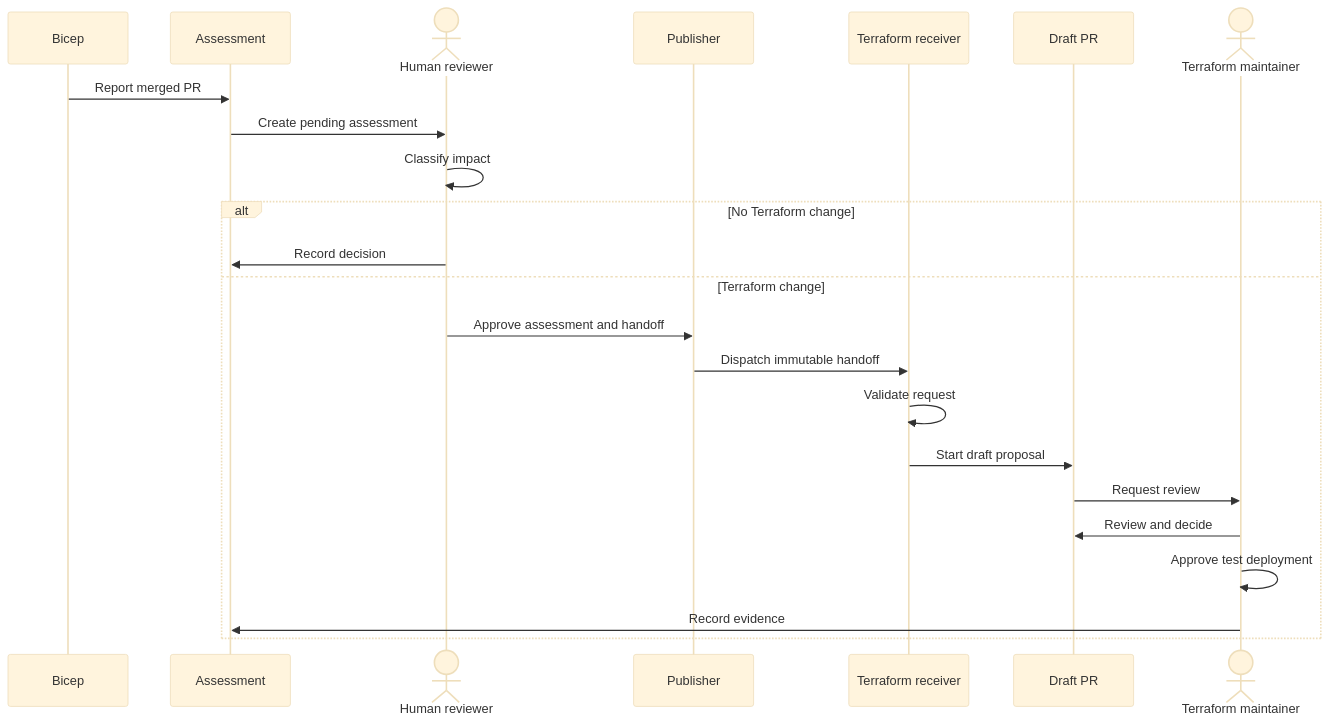
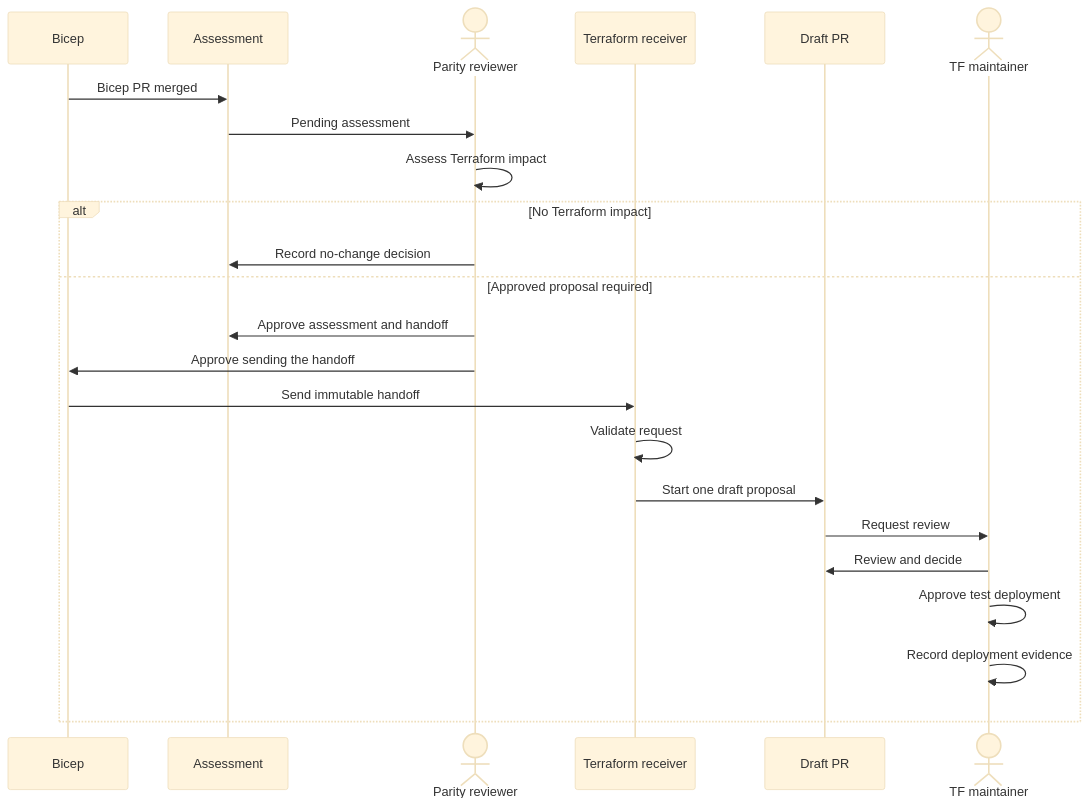
The second of 2 diagrams in docs/terraform-parity.md (Azure/AI-Landing-Zones), drawn with Mermaid (base theme) before and after one commit. The commit also changed other lines of this file, not shown here.

Commit message:
docs: clarify Terraform parity for beginners

````diff
--- a/docs/terraform-parity.md
+++ b/docs/terraform-parity.md
@@ -81,26 +136,26 @@
 ```mermaid
 sequenceDiagram
     participant B as Bicep
     participant A as Assessment
-    actor H as Human reviewer
-    participant P as Publisher
+    actor H as Parity reviewer
     participant R as Terraform receiver
     participant T as Draft PR
-    actor M as Terraform maintainer
+    actor M as TF maintainer
 
-    B->>A: Report merged PR
-    A->>H: Create pending assessment
-    H->>H: Classify impact
-    alt No Terraform change
-        H->>A: Record decision
-    else Terraform change
-        H->>P: Approve assessment and handoff
-        P->>R: Dispatch immutable handoff
+    B->>A: Bicep PR merged
+    A->>H: Pending assessment
+    H->>H: Assess Terraform impact
+    alt No Terraform impact
+        H->>A: Record no-change decision
+    else Approved proposal required
+        H->>A: Approve assessment and handoff
+        H->>B: Approve sending the handoff
+        B->>R: Send immutable handoff
         R->>R: Validate request
-        R->>T: Start draft proposal
+        R->>T: Start one draft proposal
         T->>M: Request review
         M->>T: Review and decide
         M->>M: Approve test deployment
-        M->>A: Record evidence
+        M->>M: Record deployment evidence
     end
 ```
````
